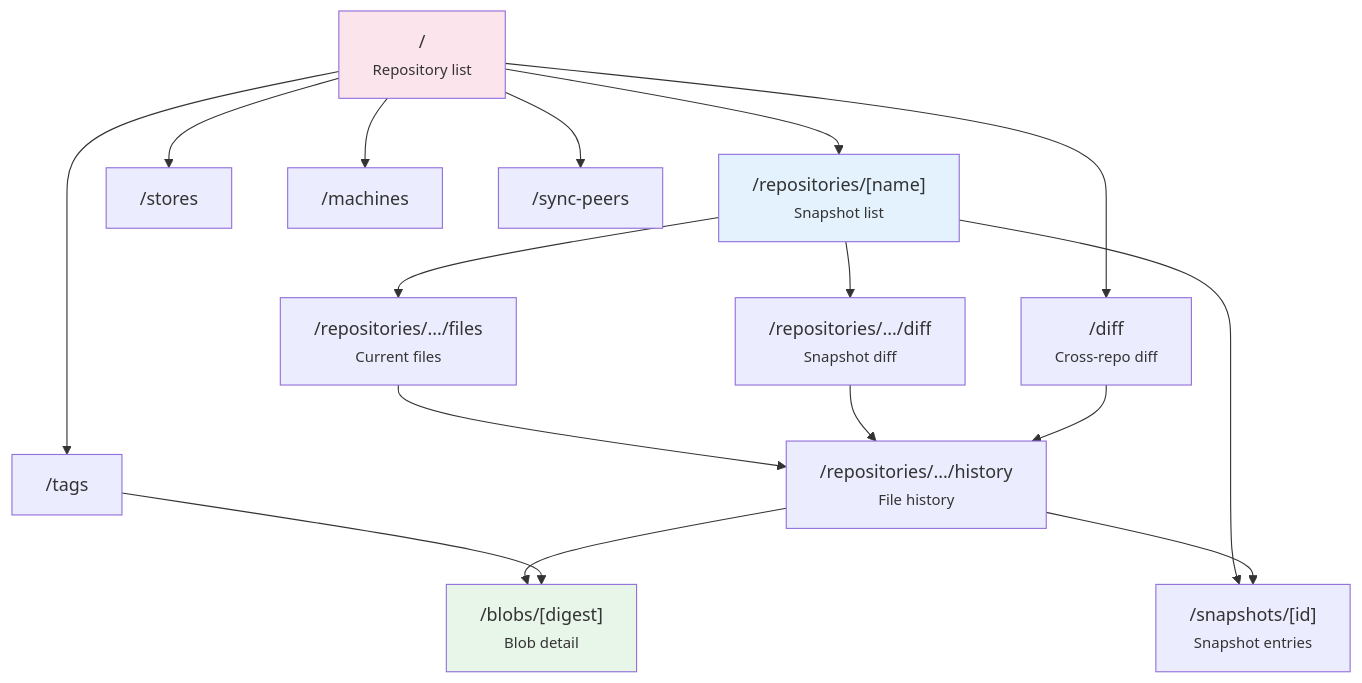
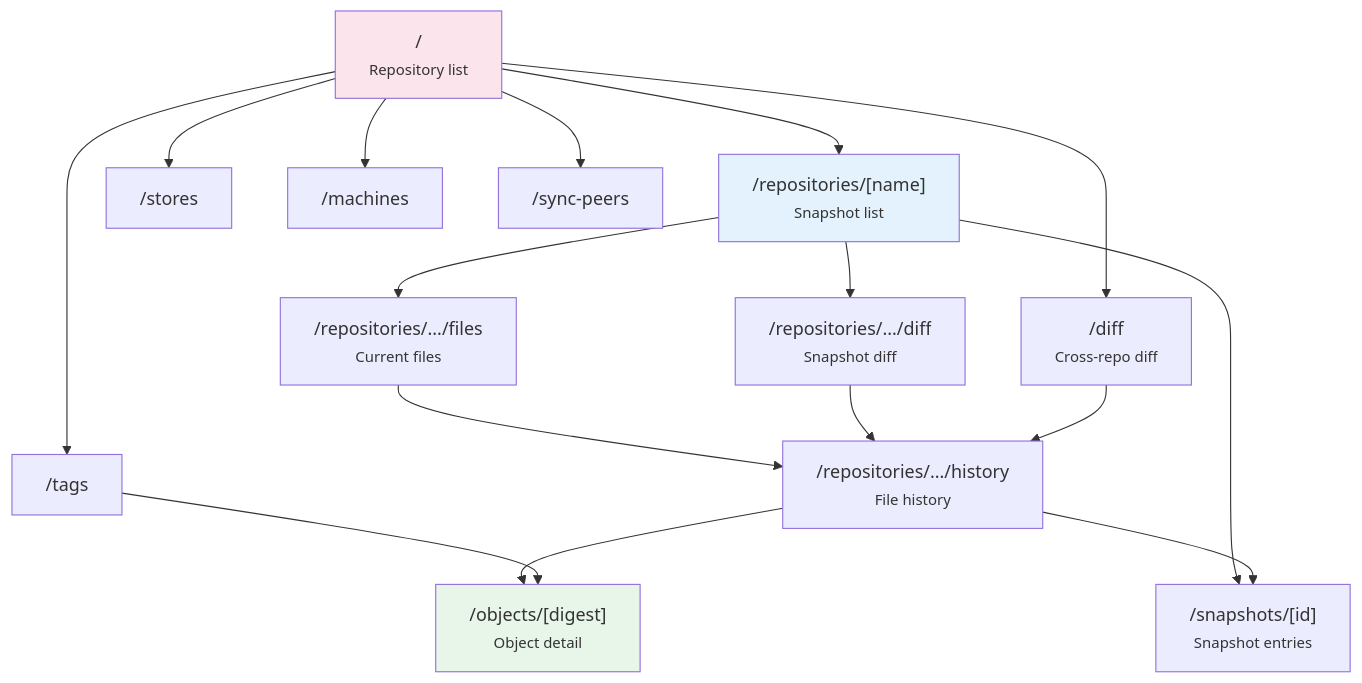
Before and after one commit to taskie/tome: the diagram in docs/arch/web-frontend.md, drawn with Mermaid. The commit also changed other lines of this file and 34 other files, not shown here.

First line of the commit message:
refactor: rename blobs to objects across all crates and docs

````diff
--- a/docs/arch/web-frontend.md
+++ b/docs/arch/web-frontend.md
@@ -37,35 +37,35 @@
 ```mermaid
 graph TD
     HOME["/ <br/><small>Repository list</small>"]
     REPO["/repositories/[name]<br/><small>Snapshot list</small>"]
     FILES["/repositories/.../files<br/><small>Current files</small>"]
     DIFF_REPO["/repositories/.../diff<br/><small>Snapshot diff</small>"]
     HISTORY["/repositories/.../history<br/><small>File history</small>"]
     SNAP["/snapshots/[id]<br/><small>Snapshot entries</small>"]
-    BLOB["/blobs/[digest]<br/><small>Blob detail</small>"]
+    OBJ["/objects/[digest]<br/><small>Object detail</small>"]
     DIFF_X["/diff<br/><small>Cross-repo diff</small>"]
     STORES["/stores"]
     MACHINES["/machines"]
     TAGS["/tags"]
     SYNC["/sync-peers"]
 
     HOME --> REPO
     HOME --> DIFF_X
     HOME --> STORES
     HOME --> MACHINES
     HOME --> TAGS
     HOME --> SYNC
     REPO --> FILES
     REPO --> DIFF_REPO
     REPO --> SNAP
     FILES --> HISTORY
     DIFF_REPO --> HISTORY
     DIFF_X --> HISTORY
-    HISTORY --> BLOB
+    HISTORY --> OBJ
     HISTORY --> SNAP
-    TAGS --> BLOB
+    TAGS --> OBJ
 
     style HOME fill:#fce4ec
     style REPO fill:#e3f2fd
-    style BLOB fill:#e8f5e9
+    style OBJ fill:#e8f5e9
 ```
````
